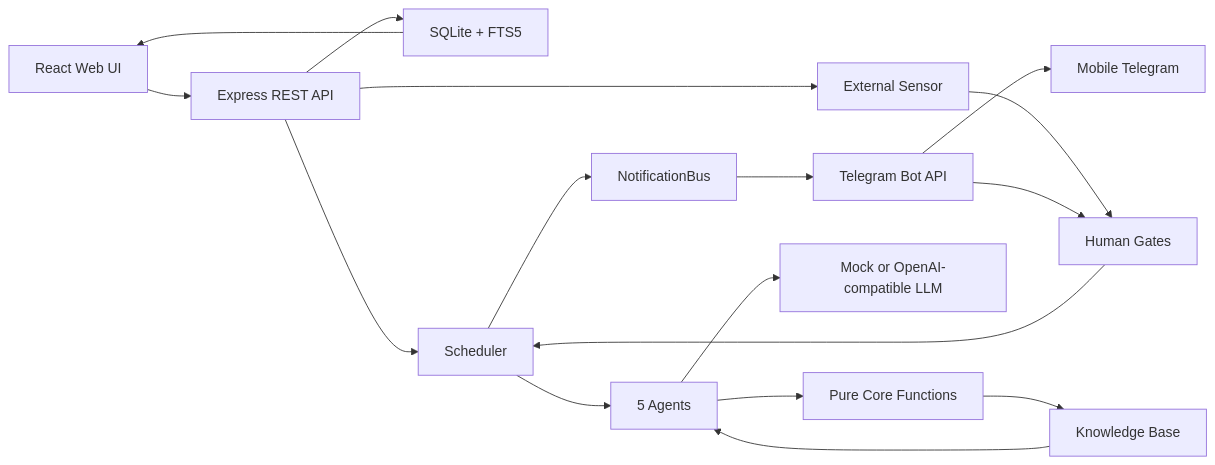
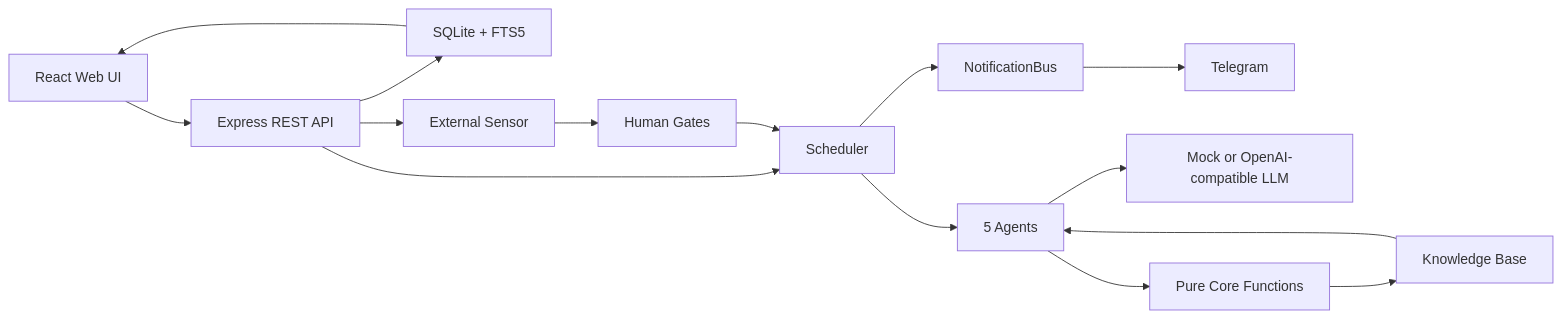
The diagram in README.md (amanayayatu-tech/Alaya), drawn with Mermaid before and after one commit. The commit also changed other lines of this file and 7 other files, not shown here.

````diff
--- a/README.md
+++ b/README.md
@@ -107,19 +89,17 @@
 ```mermaid
 flowchart LR
   UI["React Web UI"] --> API["Express REST API"]
   API --> DB["SQLite + FTS5"]
   API --> Scheduler["Scheduler"]
   API --> Sensor["External Sensor"]
+  Scheduler --> Agents["5 Agents"]
   Scheduler --> Notify["NotificationBus"]
-  Notify --> Telegram["Telegram Bot API"]
-  Telegram --> Phone["Mobile Telegram"]
-  Scheduler --> Agents["5 Agents"]
+  Notify --> Telegram["Telegram"]
   Sensor --> Gates["Human Gates"]
-  Telegram --> Gates
   Agents --> LLM["Mock or OpenAI-compatible LLM"]
   Agents --> Core["Pure Core Functions"]
   Core --> KB["Knowledge Base"]
   KB --> Agents
   Gates --> Scheduler
   DB --> UI
 ```
````
